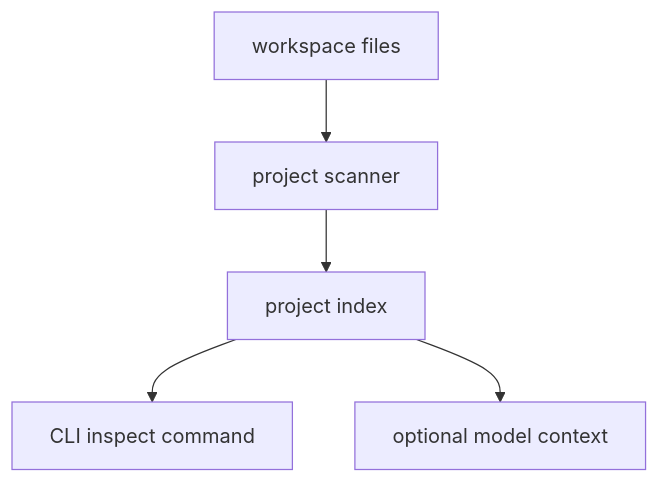
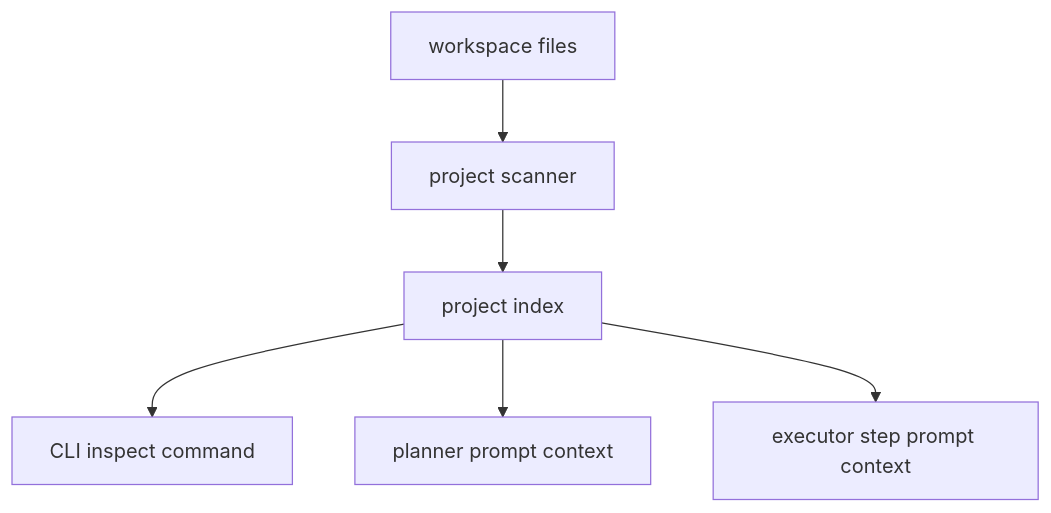
One commit to 3310417260/MiniAgent changed the seventh of 8 diagrams in docs/v3-plan.md. Above: the diagram before and after it, drawn with Mermaid. The commit also changed other lines of this file and 8 other files, not shown here.

````diff
--- a/docs/v3-plan.md
+++ b/docs/v3-plan.md
@@ -331,7 +344,8 @@
 ```mermaid
 flowchart TD
     A["workspace files"] --> B["project scanner"]
     B --> C["project index"]
     C --> D["CLI inspect command"]
-    C --> E["optional model context"]
+    C --> E["planner prompt context"]
+    C --> F["executor step prompt context"]
 ```
````
